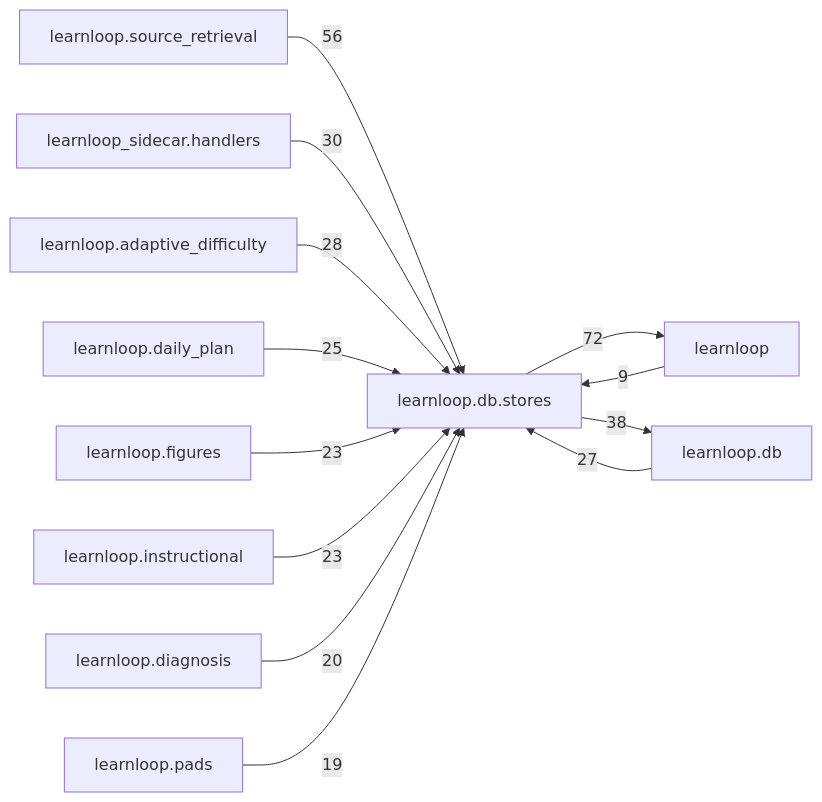
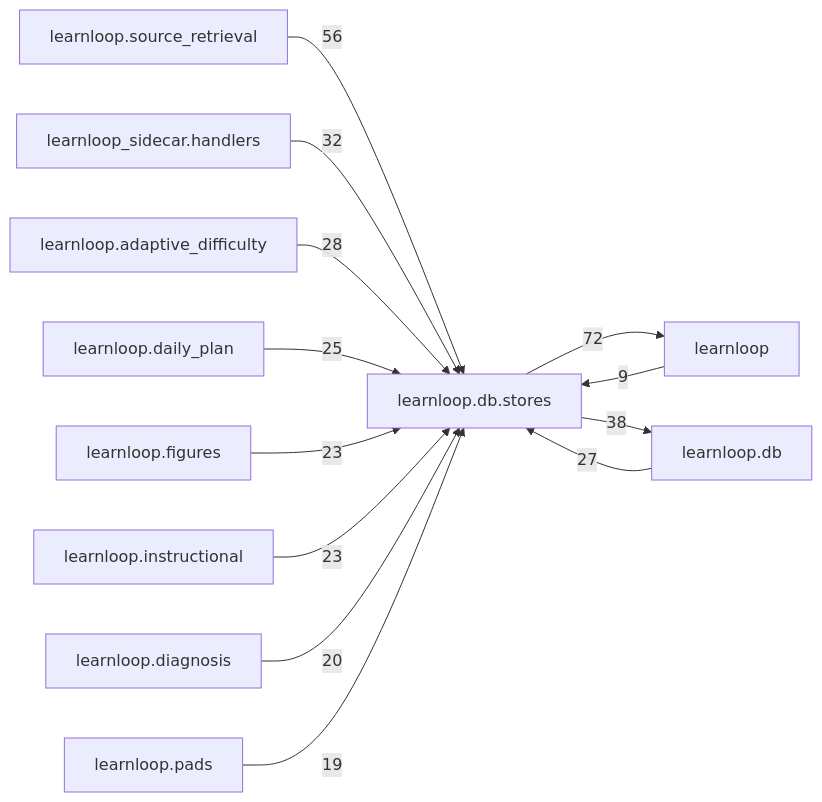
Before and after one commit to 6up-b/learnanything: the diagram in docs/learnloop-architecture-vault/Reference/Modules/learnloop/db/stores/_package.md, drawn with Mermaid. The commit also changed other lines of this file and 39 other files, not shown here.

````diff
--- a/docs/learnloop-architecture-vault/Reference/Modules/learnloop/db/stores/_package.md
+++ b/docs/learnloop-architecture-vault/Reference/Modules/learnloop/db/stores/_package.md
@@ -282,26 +282,26 @@
 ```mermaid
 flowchart LR
     center["learnloop.db.stores"]
     n_learnloop["learnloop"]
     n_learnloop_db["learnloop.db"]
     n_learnloop_source_retrieval["learnloop.source_retrieval"]
     n_learnloop_sidecar_handlers["learnloop_sidecar.handlers"]
     n_learnloop_adaptive_difficulty["learnloop.adaptive_difficulty"]
     n_learnloop_daily_plan["learnloop.daily_plan"]
     n_learnloop_figures["learnloop.figures"]
     n_learnloop_instructional["learnloop.instructional"]
     n_learnloop_diagnosis["learnloop.diagnosis"]
     n_learnloop_pads["learnloop.pads"]
     n_learnloop -->|9| center
     center -->|72| n_learnloop
     n_learnloop_db -->|27| center
     center -->|38| n_learnloop_db
     n_learnloop_source_retrieval -->|56| center
-    n_learnloop_sidecar_handlers -->|30| center
+    n_learnloop_sidecar_handlers -->|32| center
     n_learnloop_adaptive_difficulty -->|28| center
     n_learnloop_daily_plan -->|25| center
     n_learnloop_figures -->|23| center
     n_learnloop_instructional -->|23| center
     n_learnloop_diagnosis -->|20| center
     n_learnloop_pads -->|19| center
 ```
````
